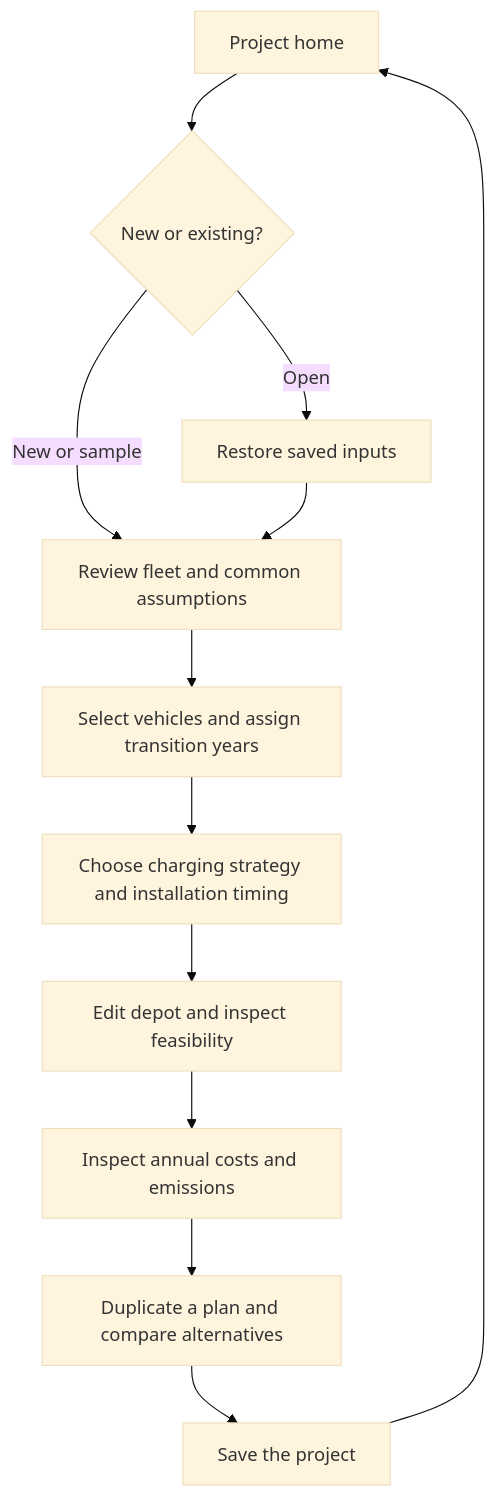
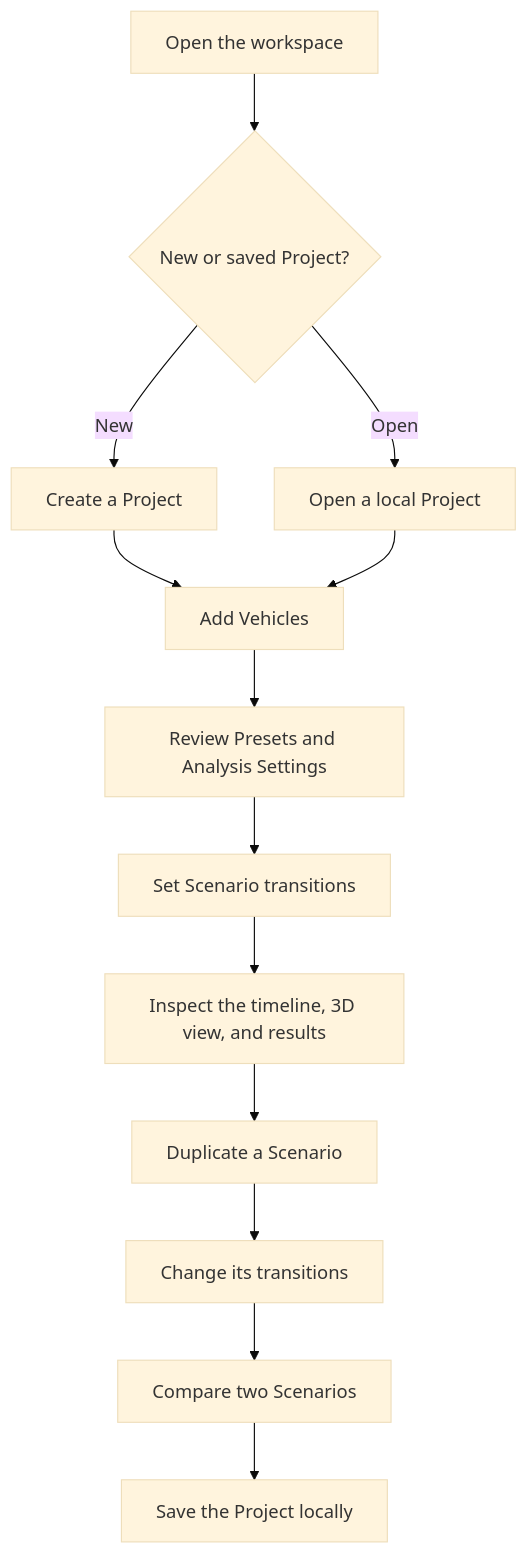
One commit to The-Sims-Digipen/Fleet-Project changed the diagram in docs/design/product-design.md. Above: the diagram before and after it, drawn with Mermaid (base theme). The commit also changed other lines of this file and 30 other files, not shown here.

````diff
--- a/docs/design/product-design.md
+++ b/docs/design/product-design.md
@@ -22,14 +36,15 @@
 ```mermaid
 flowchart TD
-  Home[Project home] --> Choice{New or existing?}
-  Choice -->|New or sample| Fleet[Review fleet and common assumptions]
-  Choice -->|Open| Workspace[Restore saved inputs]
-  Workspace --> Fleet
-  Fleet --> Plan[Select vehicles and assign transition years]
-  Plan --> Charging[Choose charging strategy and installation timing]
-  Charging --> Depot[Edit depot and inspect feasibility]
-  Depot --> Results[Inspect annual costs and emissions]
-  Results --> Compare[Duplicate a plan and compare alternatives]
-  Compare --> Save[Save the project]
-  Save --> Home
+  Start[Open the workspace] --> Choice{New or saved Project?}
+  Choice -->|New| New[Create a Project]
+  Choice -->|Open| Open[Open a local Project]
+  New --> Fleet[Add Vehicles]
+  Open --> Fleet
+  Fleet --> Inputs[Review Presets and Analysis Settings]
+  Inputs --> Plan[Set Scenario transitions]
+  Plan --> Results[Inspect the timeline, 3D view, and results]
+  Results --> Alternative[Duplicate a Scenario]
+  Alternative --> Change[Change its transitions]
+  Change --> Compare[Compare two Scenarios]
+  Compare --> Save[Save the Project locally]
 ```
````
